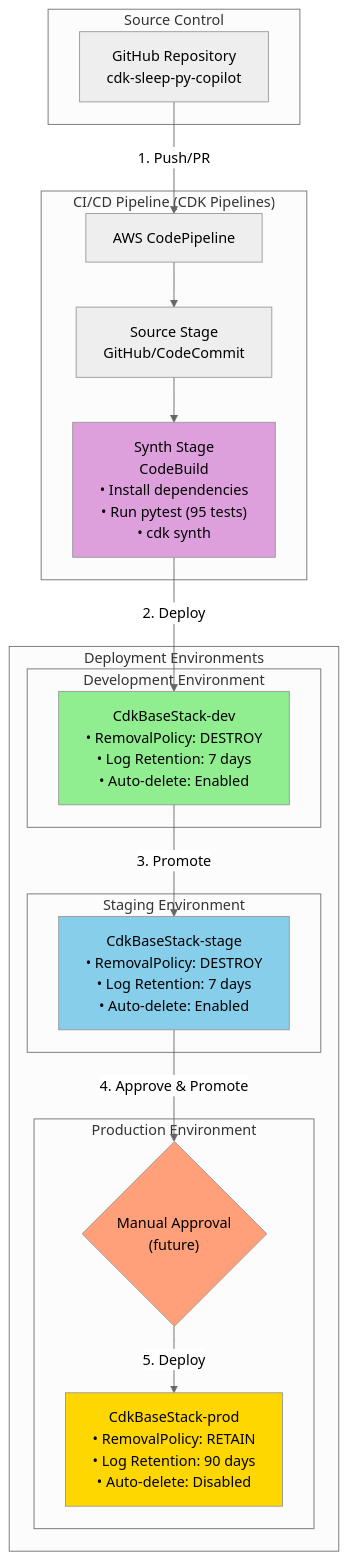
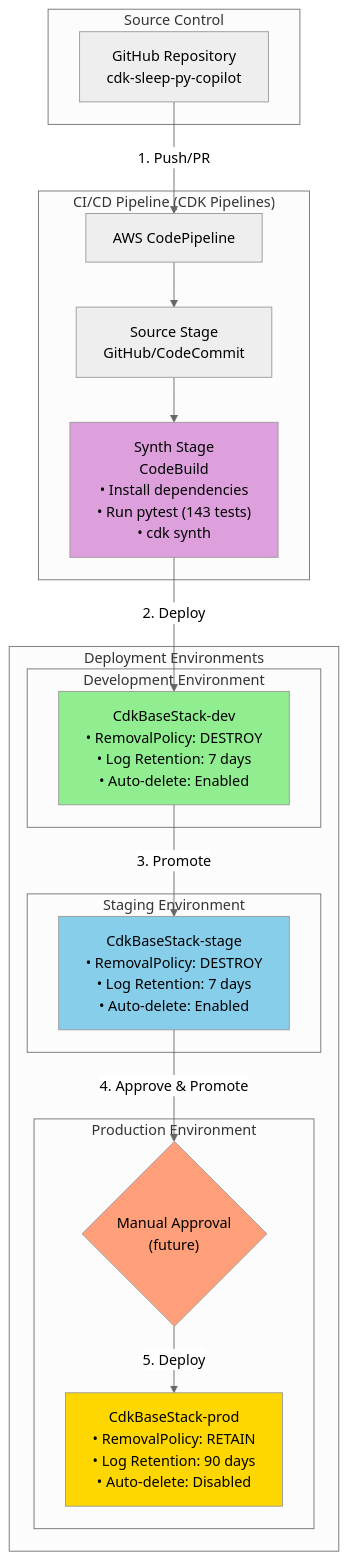
One commit to obstreperous-ai/cdk-sleep-py-copilot changed the second of 3 diagrams in ARCHITECTURE.md. Above: the diagram before and after it, drawn with Mermaid (neutral theme). The commit also changed other lines of this file and 1 other file, not shown here.

````diff
--- a/ARCHITECTURE.md
+++ b/ARCHITECTURE.md
@@ -134,41 +176,41 @@
 ```mermaid
 graph TB
     subgraph source["Source Control"]
         github["GitHub Repository\ncdk-sleep-py-copilot"]
     end
     
     subgraph cicd["CI/CD Pipeline (CDK Pipelines)"]
         pipeline["AWS CodePipeline"]
         source_stage["Source Stage\nGitHub/CodeCommit"]
-        synth["Synth Stage\nCodeBuild\n• Install dependencies\n• Run pytest (95 tests)\n• cdk synth"]
+        synth["Synth Stage\nCodeBuild\n• Install dependencies\n• Run pytest (143 tests)\n• cdk synth"]
     end
     
     subgraph environments["Deployment Environments"]
         subgraph dev_env["Development Environment"]
             dev_stack["CdkBaseStack-dev\n• RemovalPolicy: DESTROY\n• Log Retention: 7 days\n• Auto-delete: Enabled"]
         end
         
         subgraph stage_env["Staging Environment"]
             stage_stack["CdkBaseStack-stage\n• RemovalPolicy: DESTROY\n• Log Retention: 7 days\n• Auto-delete: Enabled"]
         end
         
         subgraph prod_env["Production Environment"]
             prod_stack["CdkBaseStack-prod\n• RemovalPolicy: RETAIN\n• Log Retention: 90 days\n• Auto-delete: Disabled"]
             approval{"Manual Approval\n(future)"}
         end
     end
     
     github -->|1. Push/PR| pipeline
     pipeline --> source_stage
     source_stage --> synth
     synth -->|2. Deploy| dev_stack
     dev_stack -->|3. Promote| stage_stack
     stage_stack -->|4. Approve & Promote| approval
     approval -->|5. Deploy| prod_stack
     
     style dev_stack fill:#90EE90
     style stage_stack fill:#87CEEB
     style prod_stack fill:#FFD700
     style synth fill:#DDA0DD
     style approval fill:#FFA07A
 ```
````
